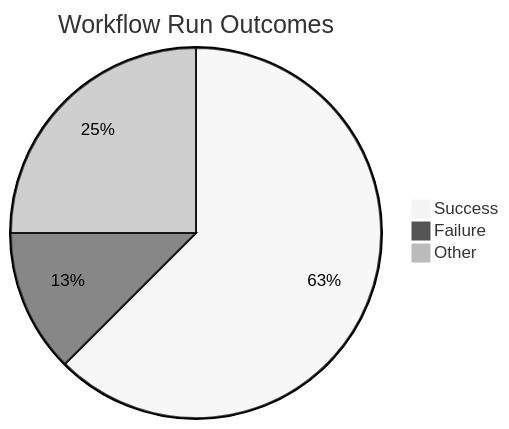
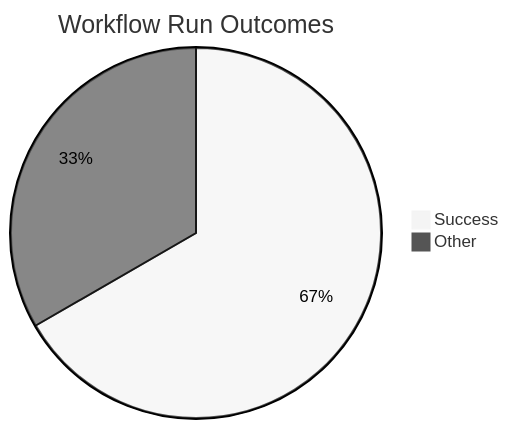
The first of 4 diagrams in docs/ci-cd/dora-summary.md (ukma-cs-ssdm-2025/rate-ukma), drawn with Mermaid (neutral theme) before and after one commit. The commit also changed other lines of this file, not shown here.

````diff
--- a/docs/ci-cd/dora-summary.md
+++ b/docs/ci-cd/dora-summary.md
@@ -22,6 +22,5 @@
 ```mermaid
 pie title Workflow Run Outcomes
-    "Success" : 5
-    "Failure" : 1
+    "Success" : 4
     "Other" : 2
 ```
````
